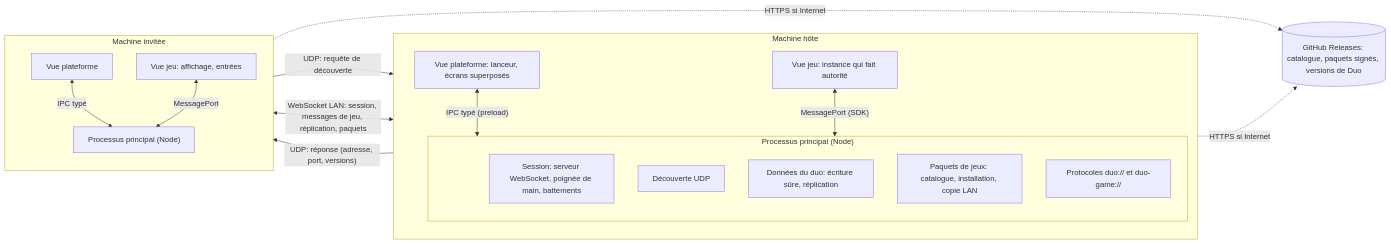
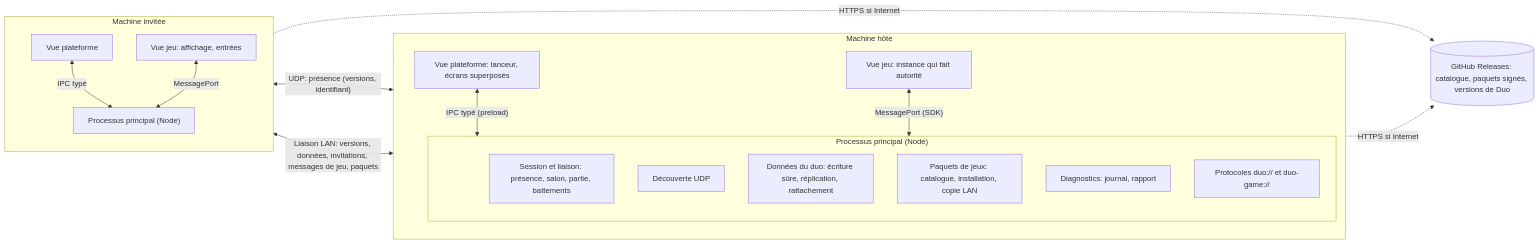
Before and after one commit to Haeev/duo: the first of 5 diagrams in docs/plateforme/architecture.md, drawn with Mermaid. The commit also changed other lines of this file and 152 other files, not shown here.

````diff
--- a/docs/plateforme/architecture.md
+++ b/docs/plateforme/architecture.md
@@ -61,31 +66,31 @@
 ```mermaid
 flowchart LR
   subgraph H["Machine hôte"]
     direction TB
     subgraph PH["Processus principal (Node)"]
-      SessH["Session: serveur WebSocket, poignée de main, battements"]
+      SessH["Session et liaison: présence, salon, partie, battements"]
       DecH["Découverte UDP"]
-      DonH["Données du duo: écriture sûre, réplication"]
+      DonH["Données du duo: écriture sûre, réplication, rattachement"]
       PaqH["Paquets de jeux: catalogue, installation, copie LAN"]
+      DiagH["Diagnostics: journal, rapport"]
       ProtH["Protocoles duo:// et duo-game://"]
     end
     VPH["Vue plateforme: lanceur, écrans superposés"]
     VJH["Vue jeu: instance qui fait autorité"]
     VPH <-->|"IPC typé (preload)"| PH
     VJH <-->|"MessagePort (SDK)"| PH
   end
   subgraph I["Machine invitée"]
     direction TB
     PI["Processus principal (Node)"]
     VPI["Vue plateforme"]
     VJI["Vue jeu: affichage, entrées"]
     VPI <-->|"IPC typé"| PI
     VJI <-->|"MessagePort"| PI
   end
-  PI -->|"UDP: requête de découverte"| DecH
-  DecH -->|"UDP: réponse (adresse, port, versions)"| PI
-  PI <-->|"WebSocket LAN: session, messages de jeu, réplication, paquets"| SessH
+  PI <-->|"UDP: présence (versions, identifiant)"| DecH
+  PI <-->|"Liaison LAN: versions, données, invitations, messages de jeu, paquets"| SessH
   GH[("GitHub Releases: catalogue, paquets signés, versions de Duo")]
   PaqH -.->|"HTTPS si Internet"| GH
   PI -.->|"HTTPS si Internet"| GH
 ```
````
